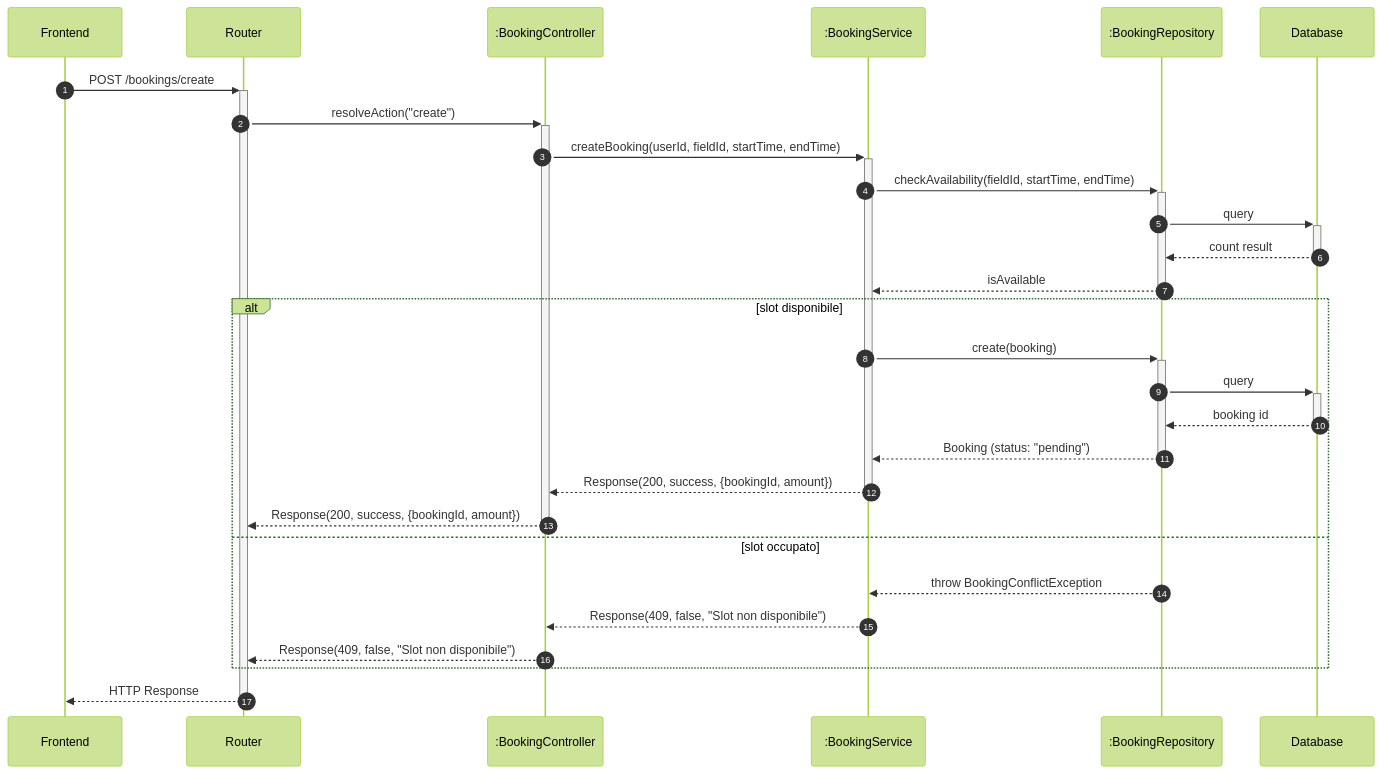
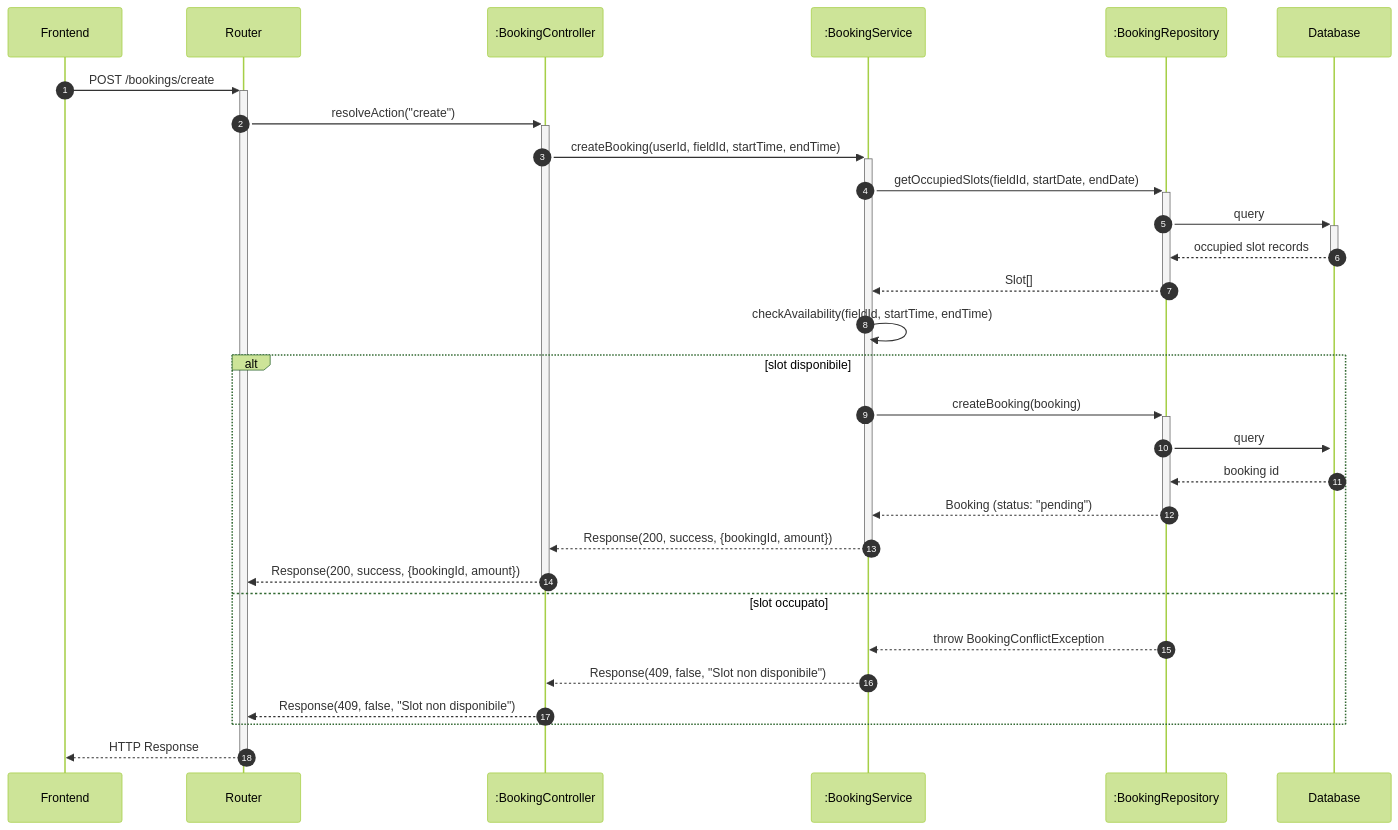
The third of 3 diagrams in documentazione/UC04.md (mb4dev/progetto-prova), drawn with Mermaid (forest theme) before and after one commit. The commit also changed other lines of this file and 12 other files, not shown here.

````diff
--- a/documentazione/UC04.md
+++ b/documentazione/UC04.md
@@ -85,36 +83,36 @@
 ```mermaid
 sequenceDiagram
     autonumber
 
     participant frontend as Frontend
     participant router as Router
     participant controller as :BookingController
     participant service as :BookingService
     participant bookingRepo as :BookingRepository
     participant db as Database
 
     frontend ->>+ router: POST /bookings/create
     router ->>+ controller: resolveAction("create")
     controller ->>+ service: createBooking(userId, fieldId, startTime, endTime)
-
-    service ->>+ bookingRepo: checkAvailability(fieldId, startTime, endTime)
+    service ->>+ bookingRepo: getOccupiedSlots(fieldId, startDate, endDate)
     bookingRepo ->>+ db: query
-    db -->>- bookingRepo: count result
-    bookingRepo -->>- service: isAvailable
+    db -->>- bookingRepo: occupied slot records
+    bookingRepo -->>- service: Slot[]
+    service ->> service: checkAvailability(fieldId, startTime, endTime)
 
     alt slot disponibile
-        service ->>+ bookingRepo: create(booking)
+        service ->>+ bookingRepo: createBooking(booking)
         bookingRepo ->>+ db: query
-        db -->>- bookingRepo: booking id
+        db -->> bookingRepo: booking id
         bookingRepo -->>- service: Booking (status: "pending")
         service -->>- controller: Response(200, success, {bookingId, amount})
         controller -->>- router: Response(200, success, {bookingId, amount})
         
     else slot occupato
         bookingRepo -->> service: throw BookingConflictException
         service -->> controller: Response(409, false, "Slot non disponibile")
         controller -->> router: Response(409, false, "Slot non disponibile")
     end
 
     router -->>- frontend: HTTP Response
 ```
````
